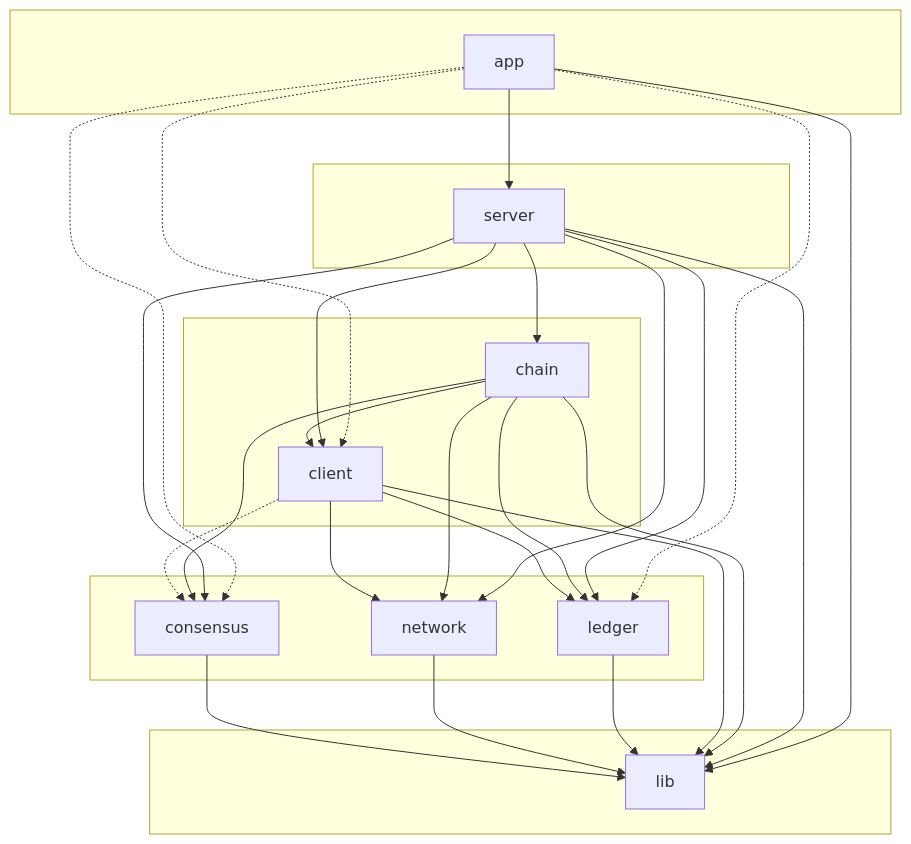
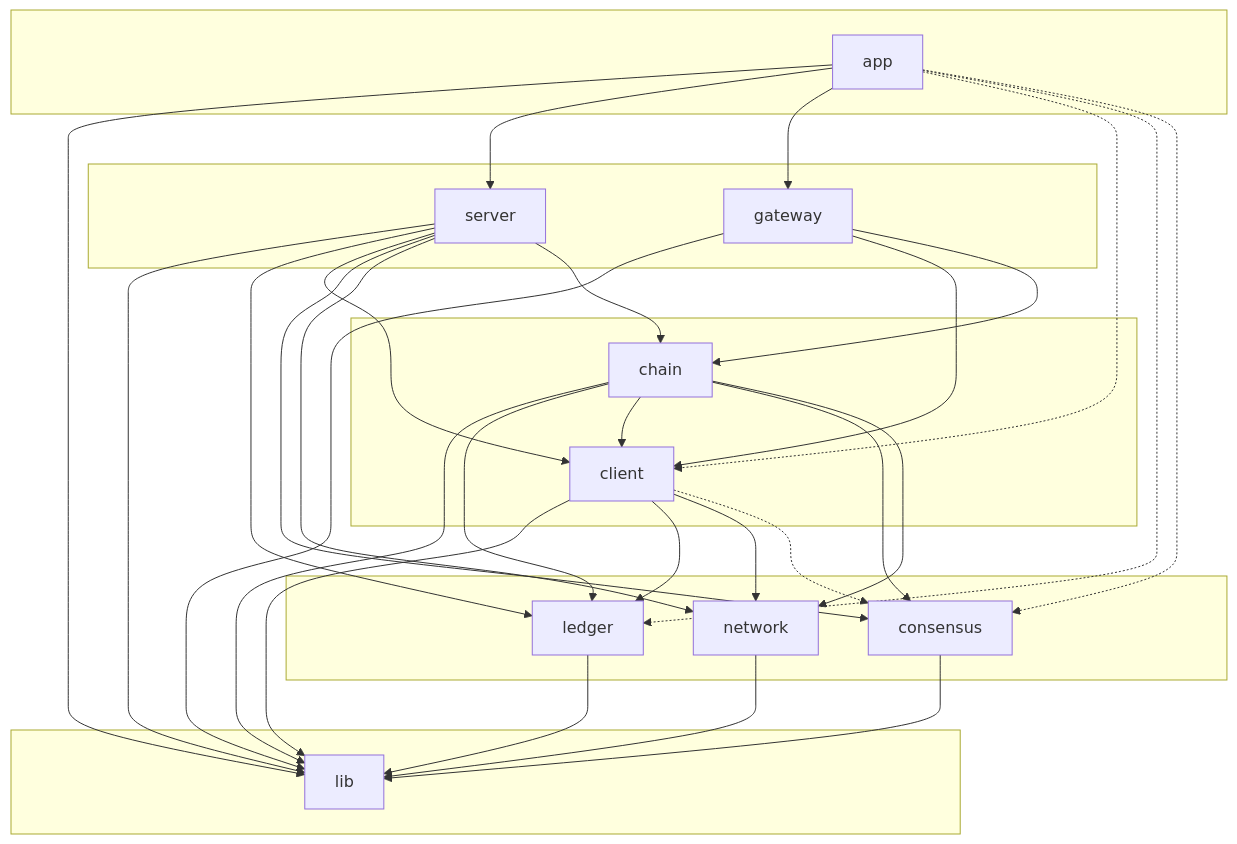
Before and after one commit to people-post/pp-ledger: the diagram in docs/architecture/FOLDER_DEPENDENCY.md, drawn with Mermaid. The commit also changed other lines of this file and 21 other files, not shown here.

````diff
--- a/docs/architecture/FOLDER_DEPENDENCY.md
+++ b/docs/architecture/FOLDER_DEPENDENCY.md
@@ -9,53 +9,59 @@
 ```mermaid
 flowchart TD
     subgraph base[" "]
         lib["lib"]
     end
 
     subgraph core[" "]
         consensus["consensus"]
         network["network"]
         ledger["ledger"]
     end
 
     subgraph services[" "]
         client["client"]
         chain["chain"]
     end
 
     subgraph servers[" "]
         server["server"]
+        gateway["gateway"]
     end
 
     subgraph apps[" "]
         app["app"]
     end
 
     consensus --> lib
     network --> lib
     ledger --> lib
 
     client --> lib
     client --> ledger
     client --> network
     client -.-> consensus
 
     chain --> lib
     chain --> ledger
     chain --> client
     chain --> consensus
     chain --> network
 
     server --> lib
     server --> ledger
     server --> client
     server --> consensus
     server --> network
     server --> chain
 
+    gateway --> lib
+    gateway --> client
+    gateway --> chain
+
     app --> lib
     app --> server
+    app --> gateway
     app -.-> client
     app -.-> ledger
     app -.-> consensus
 ```
````
